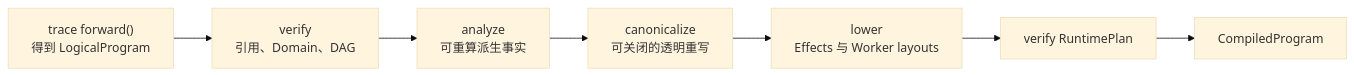
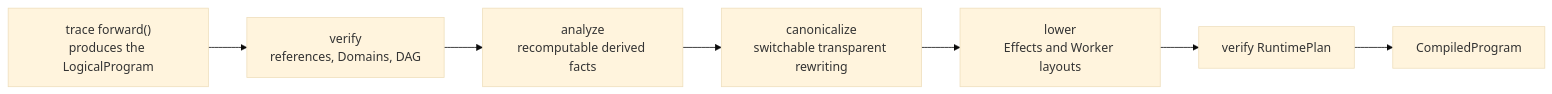
One commit to OpenDCAI/RayOrch changed diagram 13 of 24 in docs/multigrain_v3_6_getting_started.md. Above: the diagram before and after it, drawn with Mermaid (base theme). The commit also changed other lines of this file and 31 other files, not shown here.

Commit message:
docs(v3.6): publish bilingual architecture guides

````diff
--- a/docs/multigrain_v3_6_getting_started.md
+++ b/docs/multigrain_v3_6_getting_started.md
@@ -957,12 +1382,12 @@
 ```mermaid
 flowchart LR
-    Forward["trace forward()<br/>得到 LogicalProgram"]
-    VerifyL["verify<br/>引用、Domain、DAG"]
-    Analyze["analyze<br/>可重算派生事实"]
-    Canon["canonicalize<br/>可关闭的透明重写"]
-    Lower["lower<br/>Effects 与 Worker layouts"]
+    Forward["trace forward()<br/>produces the LogicalProgram"]
+    VerifyL["verify<br/>references, Domains, DAG"]
+    Analyze["analyze<br/>recomputable derived facts"]
+    Canon["canonicalize<br/>switchable transparent rewriting"]
+    Lower["lower<br/>Effects and Worker layouts"]
     VerifyP["verify RuntimePlan"]
     Compiled["CompiledProgram"]
 
     Forward --> VerifyL --> Analyze --> Canon --> Lower --> VerifyP --> Compiled
 ```
````
